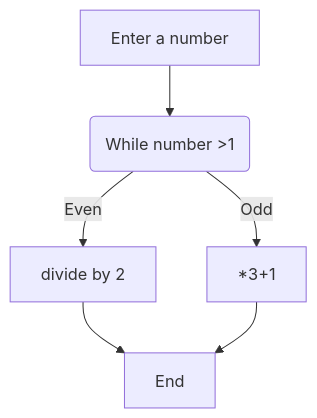
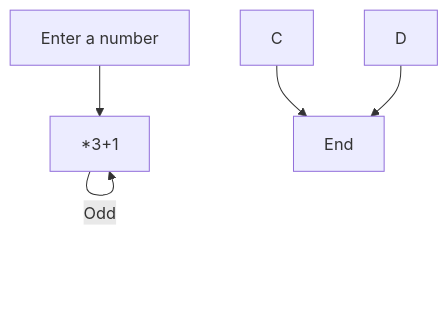
Before and after one commit to PeeBs68/mywork: the second of 2 diagrams in README.md, drawn with Mermaid.

Commit message:
Playing with mermaid for readme

````diff
--- a/README.md
+++ b/README.md
@@ -27,8 +27,8 @@
 ```mermaid
 graph TD;
     A[Enter a number] -->B(While number >1);
-    B -- Even -->C[divide by 2];
-    B -- Odd -->D[*3+1];
+    B -- Even -->B[divide by 2];
+    B -- Odd -->B[*3+1];
     C-->E[End];
     D-->E[End];
 ```
````
